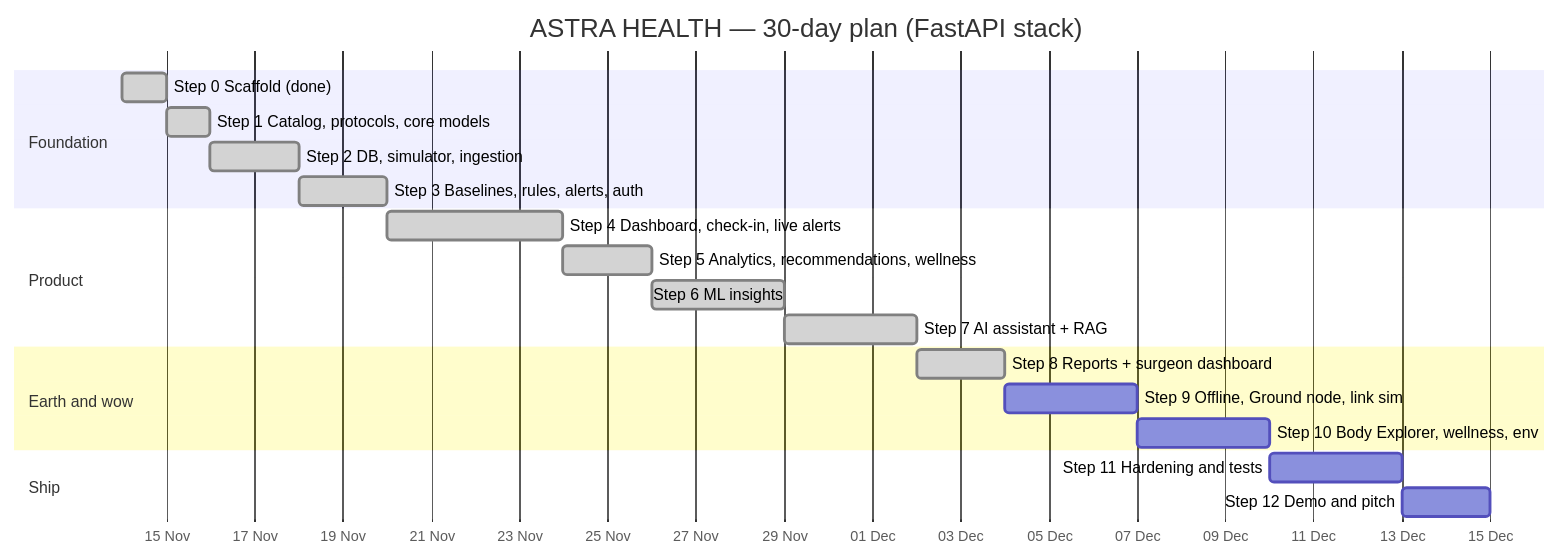
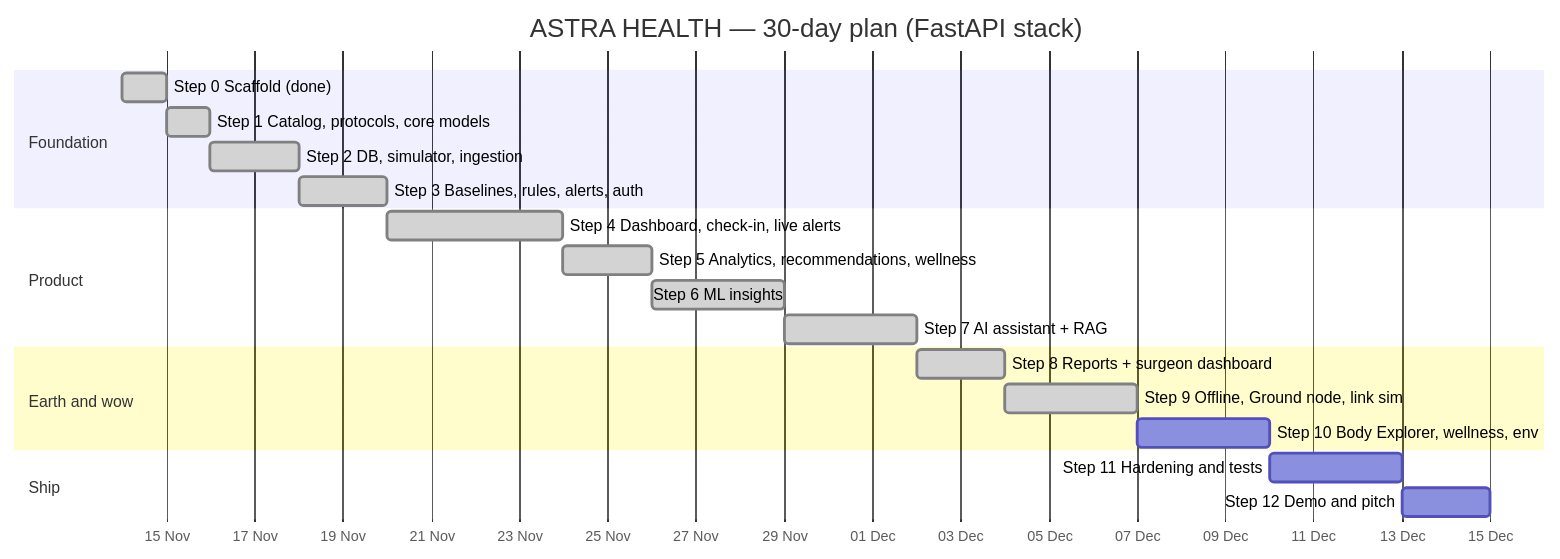
One commit to Tarun9076/Astra-Health changed the diagram in docs/04-Implementation-Plan.md. Above: the diagram before and after it, drawn with Mermaid. The commit also changed other lines of this file and 8 other files, not shown here.

Commit message:
docs: document Step 9 offline-first sync and regenerate PDFs

````diff
--- a/docs/04-Implementation-Plan.md
+++ b/docs/04-Implementation-Plan.md
@@ -34,23 +34,23 @@
 ```mermaid
 gantt
     title ASTRA HEALTH — 30-day plan (FastAPI stack)
     dateFormat  YYYY-MM-DD
     axisFormat  %d %b
     section Foundation
     Step 0 Scaffold (done)               :done, s0, 2026-11-14, 1d
     Step 1 Catalog, protocols, core models :done, s1, after s0, 1d
     Step 2 DB, simulator, ingestion      :done, s2, after s1, 2d
     Step 3 Baselines, rules, alerts, auth :done, s3, after s2, 2d
     section Product
     Step 4 Dashboard, check-in, live alerts :done, s4, after s3, 4d
     Step 5 Analytics, recommendations, wellness :done, s5, after s4, 2d
     Step 6 ML insights                   :done, s6, after s5, 3d
     Step 7 AI assistant + RAG            :done, s7, after s6, 3d
     section Earth and wow
     Step 8 Reports + surgeon dashboard   :done, s8, after s7, 2d
-    Step 9 Offline, Ground node, link sim :s9, after s8, 3d
+    Step 9 Offline, Ground node, link sim :done, s9, after s8, 3d
     Step 10 Body Explorer, wellness, env :s10, after s9, 3d
     section Ship
     Step 11 Hardening and tests          :s11, after s10, 3d
     Step 12 Demo and pitch               :s12, after s11, 2d
 ```
````
